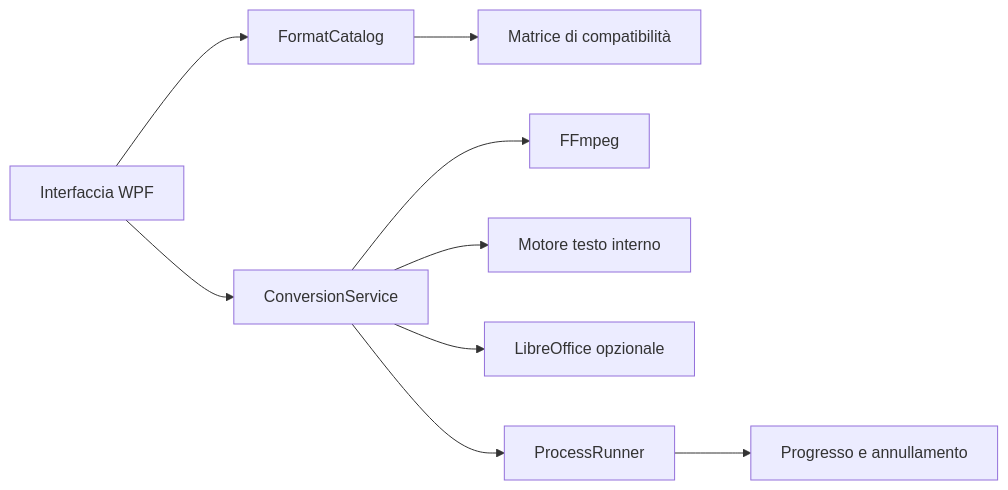
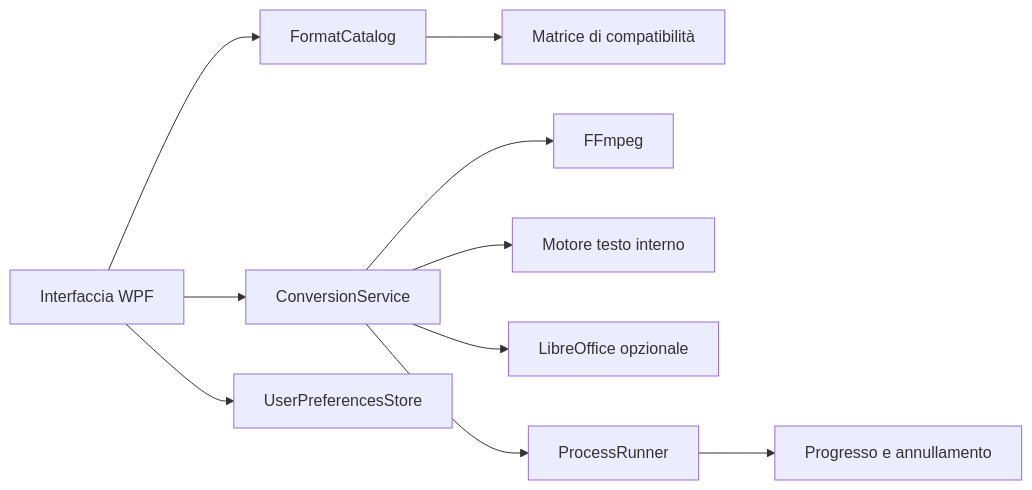
One commit to ImFeniceB/VersaConvert changed the diagram in docs/ARCHITECTURE.md. Above: the diagram before and after it, drawn with Mermaid. The commit also changed other lines of this file and 9 other files, not shown here.

````diff
--- a/docs/ARCHITECTURE.md
+++ b/docs/ARCHITECTURE.md
@@ -5,11 +5,12 @@
 ```mermaid
 flowchart LR
     UI["Interfaccia WPF"] --> Catalog["FormatCatalog"]
     UI --> Service["ConversionService"]
+    UI --> Prefs["UserPreferencesStore"]
     Catalog --> Matrix["Matrice di compatibilità"]
     Service --> FF["FFmpeg"]
     Service --> Text["Motore testo interno"]
     Service --> LO["LibreOffice opzionale"]
     Service --> Runner["ProcessRunner"]
     Runner --> Progress["Progresso e annullamento"]
 ```
````
